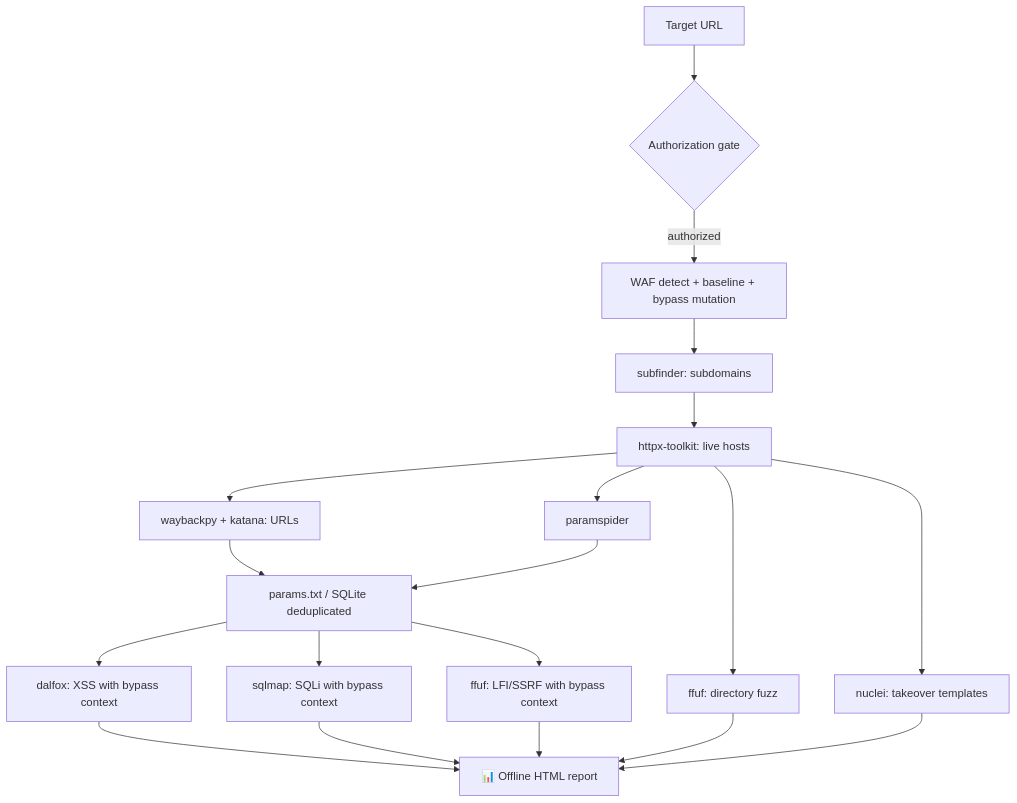
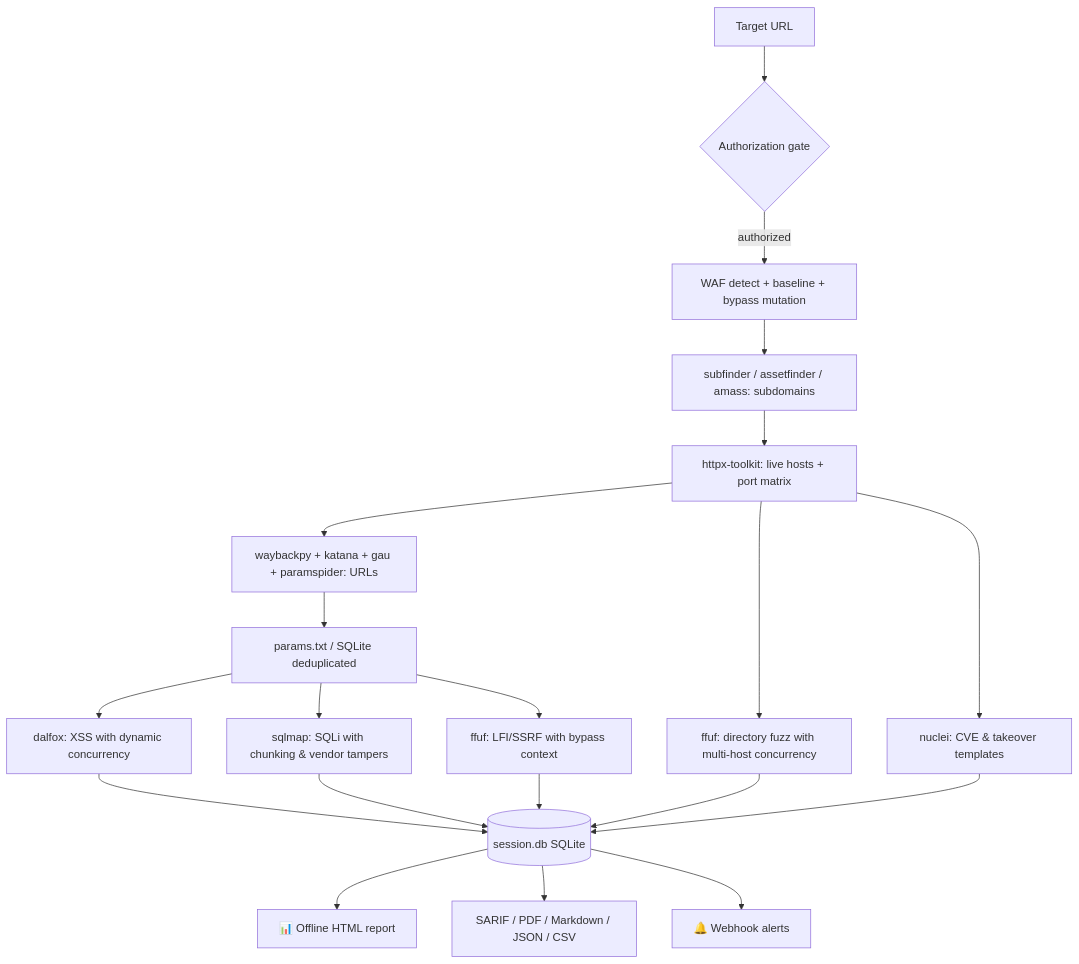
One commit to omar-riadd/ShadowRecon changed the diagram in README.md. Above: the diagram before and after it, drawn with Mermaid. The commit also changed other lines of this file and 6 other files, not shown here.

````diff
--- a/README.md
+++ b/README.md
@@ -37,16 +38,18 @@
 ```mermaid
 flowchart TD
     A[Target URL] --> G{Authorization gate}
     G -->|authorized| W[WAF detect + baseline + bypass mutation]
-    W --> S[subfinder: subdomains]
-    S --> H[httpx-toolkit: live hosts]
-    H --> WB[waybackpy + katana: URLs]
-    H --> F[ffuf: directory fuzz]
-    H --> N[nuclei: takeover templates]
+    W --> S[subfinder / assetfinder / amass: subdomains]
+    S --> H[httpx-toolkit: live hosts + port matrix]
+    H --> WB[waybackpy + katana + gau + paramspider: URLs]
+    H --> F[ffuf: directory fuzz with multi-host concurrency]
+    H --> N[nuclei: CVE & takeover templates]
     WB --> P[params.txt / SQLite deduplicated]
-    H --> PS[paramspider] --> P
-    P --> X[dalfox: XSS with bypass context]
-    P --> Q[sqlmap: SQLi with bypass context]
+    P --> X[dalfox: XSS with dynamic concurrency]
+    P --> Q[sqlmap: SQLi with chunking & vendor tampers]
     P --> L[ffuf: LFI/SSRF with bypass context]
-    X & Q & L & F & N --> R[📊 Offline HTML report]
+    X & Q & L & F & N --> DB[(session.db SQLite)]
+    DB --> R[📊 Offline HTML report]
+    DB --> S2[SARIF / PDF / Markdown / JSON / CSV]
+    DB --> WH[🔔 Webhook alerts]
 ```
````
